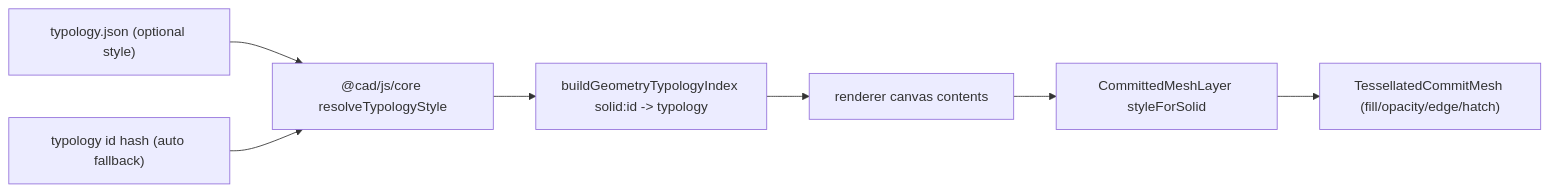
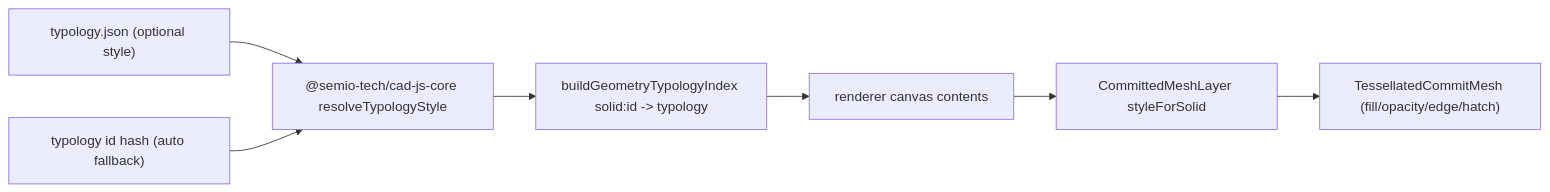
The diagram in .cursor/plans/per-kind_object_styling_6a64c4e0.plan.md (usalu/semio), drawn with Mermaid before and after one commit. The commit also changed 1282 other files, not shown here.

````diff
--- a/.cursor/plans/per-kind_object_styling_6a64c4e0.plan.md
+++ b/.cursor/plans/per-kind_object_styling_6a64c4e0.plan.md
@@ -34,9 +34,9 @@
 ```mermaid
 flowchart LR
-  asset["typology.json (optional style)"] --> core["@cad/js/core resolveTypologyStyle"]
+  asset["typology.json (optional style)"] --> core["@semio-tech/cad-js-core resolveTypologyStyle"]
   hash["typology id hash (auto fallback)"] --> core
   core --> idx["buildGeometryTypologyIndex solid:id -> typology"]
   idx --> host["renderer canvas contents"]
   host --> layer["CommittedMeshLayer styleForSolid"]
   layer --> mesh["TessellatedCommitMesh (fill/opacity/edge/hatch)"]
 ```
````
